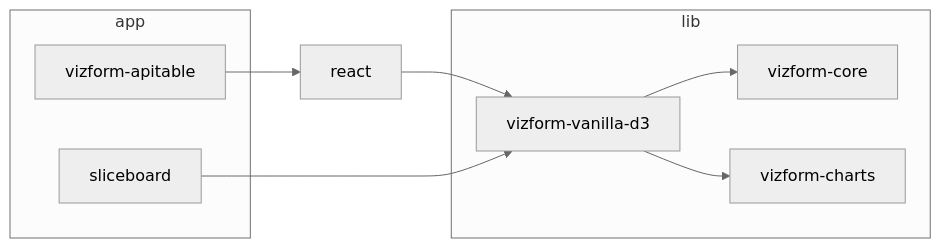
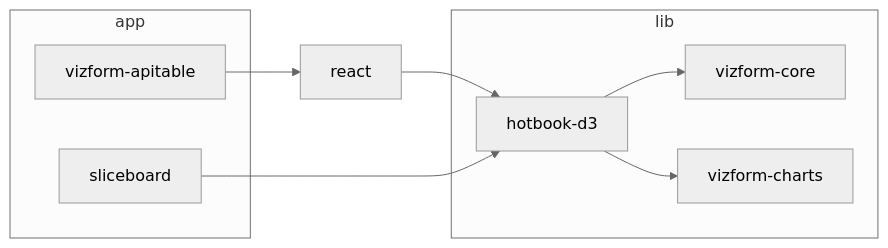
Before and after one commit to WinstonFassett/hotbook: the diagram in README.md, drawn with Mermaid (neutral theme). The commit also changed other lines of this file and 10 other files, not shown here.

First line of the commit message:
refactor: rename vizform-vanilla-d3 package to hotbook-d3

````diff
--- a/README.md
+++ b/README.md
@@ -9,18 +9,18 @@
 ```mermaid
 graph LR
   subgraph lib["lib"]
     core["vizform-core"]
     charts["vizform-charts"]
-    vanilla["vizform-vanilla-d3"]
+    vanilla["hotbook-d3"]
   end
   subgraph app["app"]
     apitable["vizform-apitable"]
     sliceboard["sliceboard"]
   end
 
   vanilla --> core
   vanilla --> charts
   react --> vanilla
   apitable --> react
   sliceboard --> vanilla
 ```
````
